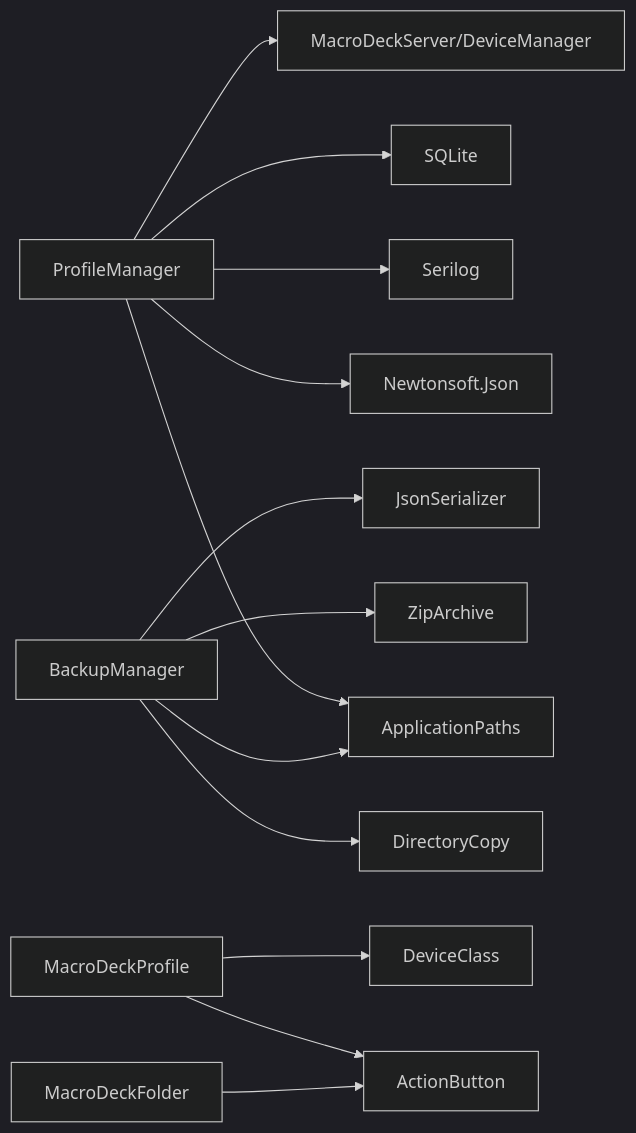
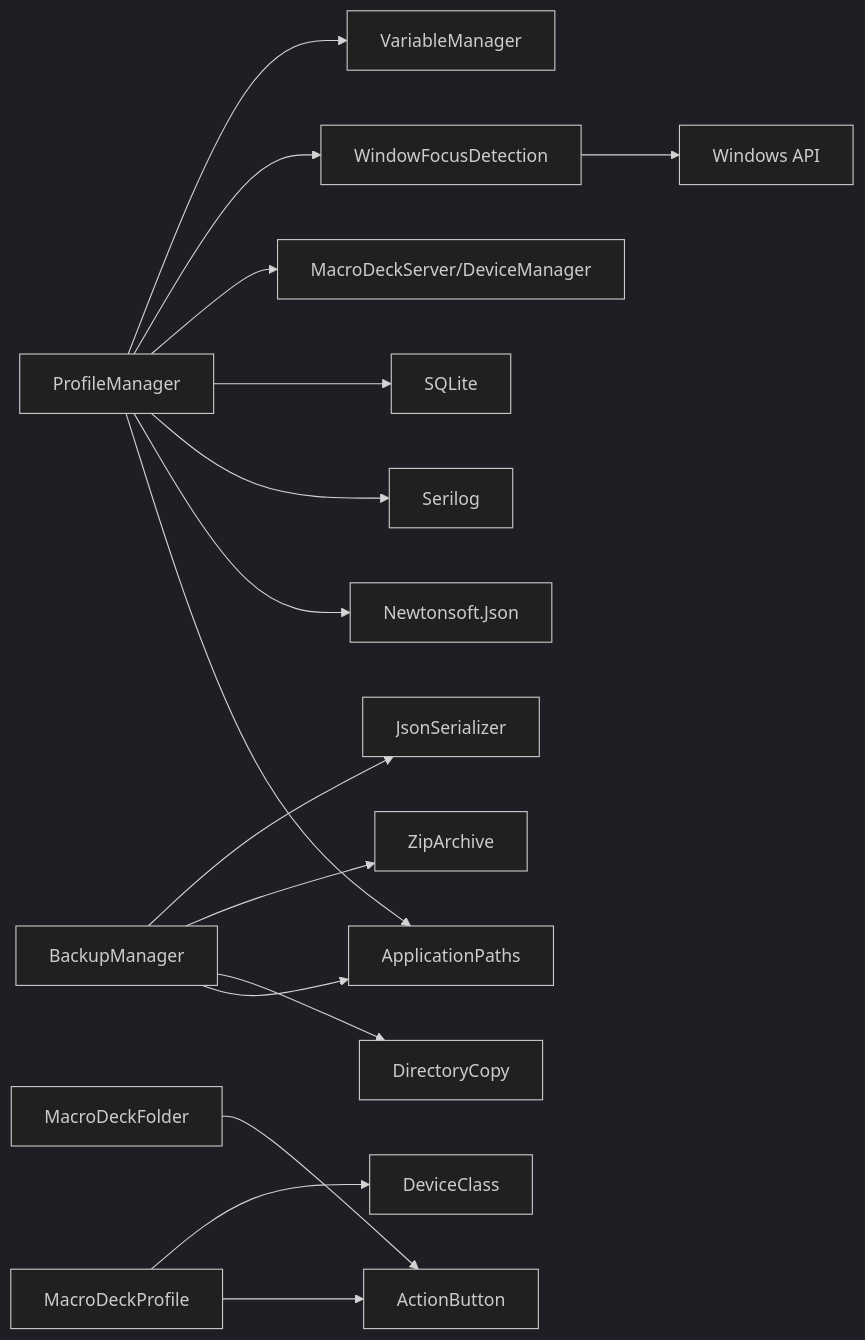
The seventh of 7 diagrams in .qoder/repowiki/zh/content/配置管理系统/配置文件管理.md (tea4go/Macro-Deck), drawn with Mermaid (dark theme) before and after one commit. The commit also changed other lines of this file and 5 other files, not shown here.

````diff
--- a/.qoder/repowiki/zh/content/配置管理系统/配置文件管理.md
+++ b/.qoder/repowiki/zh/content/配置管理系统/配置文件管理.md
@@ -365,15 +452,18 @@
 ```mermaid
 graph LR
 PM["ProfileManager"] --> AP["ApplicationPaths"]
 PM --> NJ["Newtonsoft.Json"]
 PM --> SL["Serilog"]
 PM --> SQ["SQLite"]
 PM --> MDS["MacroDeckServer/DeviceManager"]
+PM --> WFD["WindowFocusDetection"]
+PM --> VM["VariableManager"]
 BD["BackupManager"] --> AP
 BD --> DC["DirectoryCopy"]
 BD --> ZF["ZipArchive"]
 BD --> JS["JsonSerializer"]
 MP["MacroDeckProfile"] --> AD["ActionButton"]
 MP --> DCls["DeviceClass"]
 MF["MacroDeckFolder"] --> AD
+WFD --> WINAPI["Windows API"]
 ```
````
